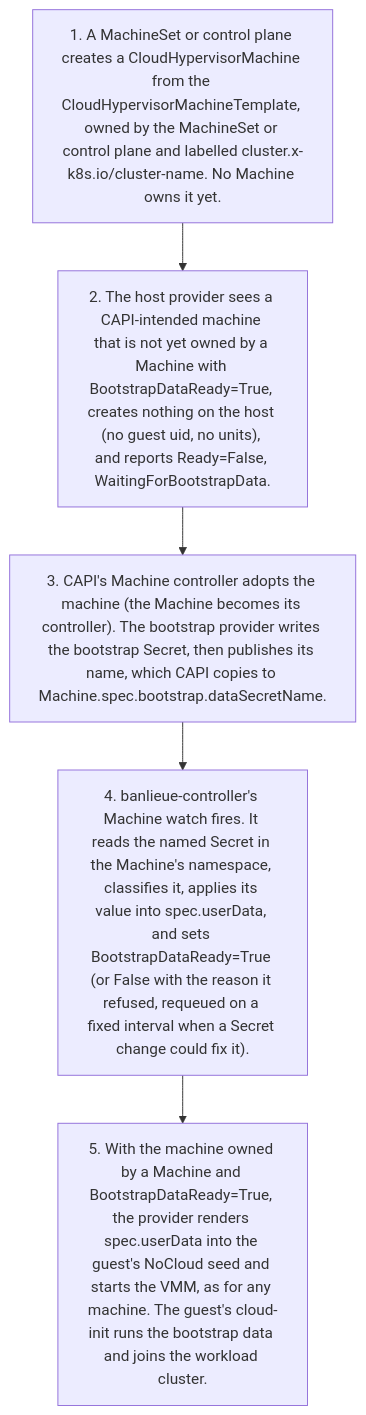
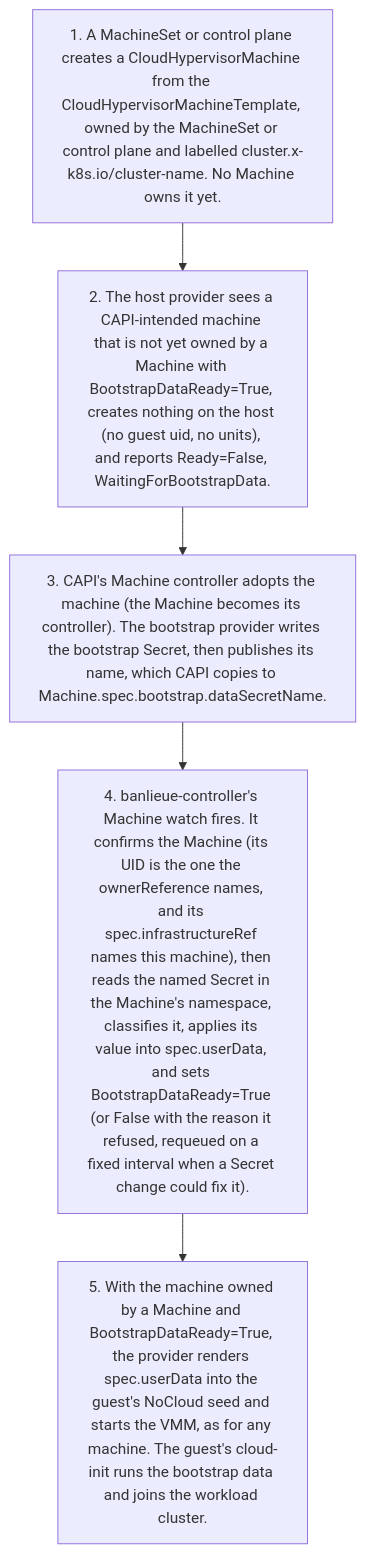
One commit to firestoned/banlieue changed the fifth of 16 diagrams in docs/src/architecture/flows.md. Above: the diagram before and after it, drawn with Mermaid. The commit also changed other lines of this file and 28 other files, not shown here.

````diff
--- a/docs/src/architecture/flows.md
+++ b/docs/src/architecture/flows.md
@@ -101,9 +101,9 @@
 ```mermaid
 flowchart TD
     t1["1. A MachineSet or control plane creates a CloudHypervisorMachine from the CloudHypervisorMachineTemplate, owned by the MachineSet or control plane and labelled cluster.x-k8s.io/cluster-name. No Machine owns it yet."]
     t2["2. The host provider sees a CAPI-intended machine that is not yet owned by a Machine with BootstrapDataReady=True, creates nothing on the host (no guest uid, no units), and reports Ready=False, WaitingForBootstrapData."]
     t3["3. CAPI's Machine controller adopts the machine (the Machine becomes its controller). The bootstrap provider writes the bootstrap Secret, then publishes its name, which CAPI copies to Machine.spec.bootstrap.dataSecretName."]
-    t4["4. banlieue-controller's Machine watch fires. It reads the named Secret in the Machine's namespace, classifies it, applies its value into spec.userData, and sets BootstrapDataReady=True (or False with the reason it refused, requeued on a fixed interval when a Secret change could fix it)."]
+    t4["4. banlieue-controller's Machine watch fires. It confirms the Machine (its UID is the one the ownerReference names, and its spec.infrastructureRef names this machine), then reads the named Secret in the Machine's namespace, classifies it, applies its value into spec.userData, and sets BootstrapDataReady=True (or False with the reason it refused, requeued on a fixed interval when a Secret change could fix it)."]
     t5["5. With the machine owned by a Machine and BootstrapDataReady=True, the provider renders spec.userData into the guest's NoCloud seed and starts the VMM, as for any machine. The guest's cloud-init runs the bootstrap data and joins the workload cluster."]
     t1 --> t2 --> t3 --> t4 --> t5
 ```
````
